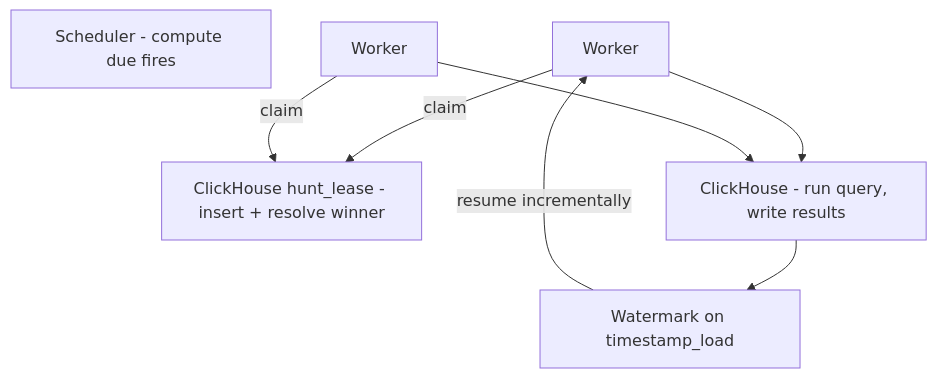
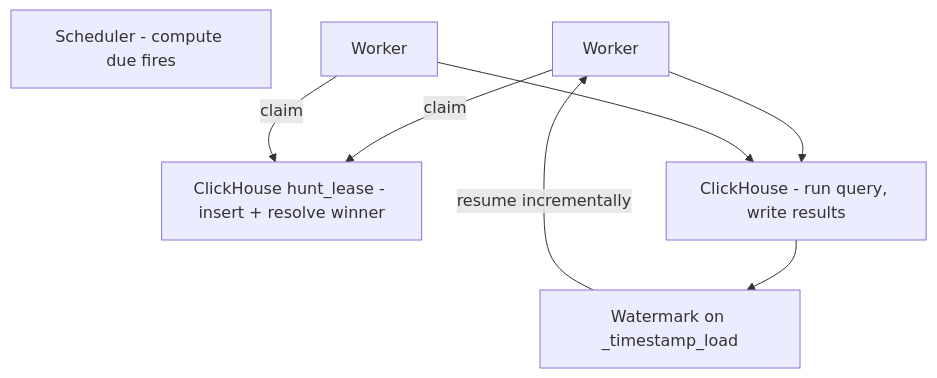
One commit to hyperi-io/dfe-engine changed the fifth of 8 diagrams in docs/control-plane/governed-ops-design.md. Above: the diagram before and after it, drawn with Mermaid. The commit also changed other lines of this file and 50 other files, not shown here.

````diff
--- a/docs/control-plane/governed-ops-design.md
+++ b/docs/control-plane/governed-ops-design.md
@@ -282,16 +285,16 @@
 ```mermaid
 graph TD
     Scheduler["Scheduler - compute due fires"]
     Claim["ClickHouse hunt_lease - insert + resolve winner"]
     W1["Worker"]
     W2["Worker"]
     CH["ClickHouse - run query, write results"]
-    WM["Watermark on timestamp_load"]
+    WM["Watermark on _timestamp_load"]
 
     W1 -->|claim| Claim
     W2 -->|claim| Claim
     W1 --> CH
     W2 --> CH
     CH --> WM
     WM -->|resume incrementally| W1
 ```
````
